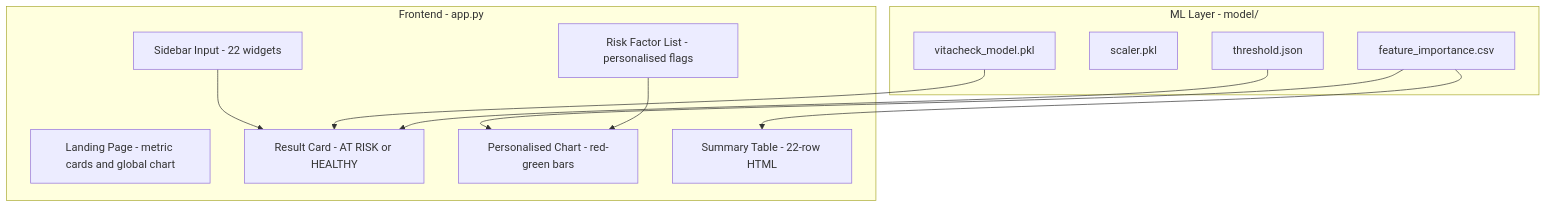
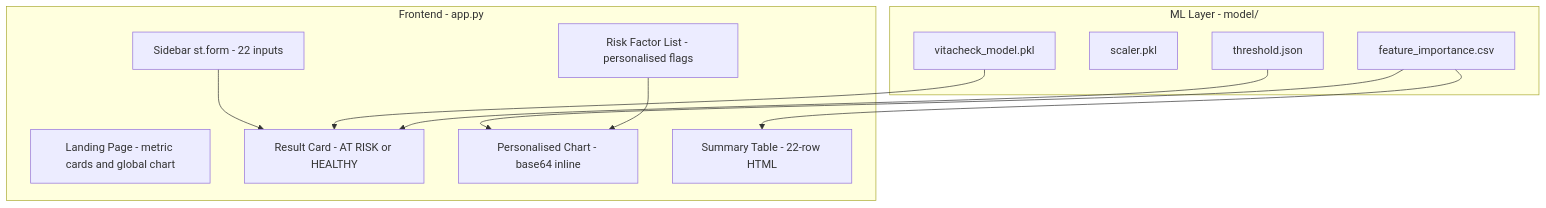
The ninth of 14 diagrams in README.md (KARTHIKAKRISHNA123/vitacheck-ml), drawn with Mermaid before and after one commit. The commit also changed other lines of this file, not shown here.

First line of the commit message:
Revise README for input handling and rendering updates

````diff
--- a/README.md
+++ b/README.md
@@ -354,23 +370,23 @@
 ```mermaid
 flowchart TD
     subgraph FrontendLayer["Frontend - app.py"]
-        CMP1[Sidebar Input - 22 widgets]
+        CMP1[Sidebar st.form - 22 inputs]
         CMP2[Landing Page - metric cards and global chart]
         CMP3[Result Card - AT RISK or HEALTHY]
         CMP4[Risk Factor List - personalised flags]
-        CMP5[Personalised Chart - red-green bars]
+        CMP5[Personalised Chart - base64 inline]
         CMP6[Summary Table - 22-row HTML]
     end
     subgraph MLLayer["ML Layer - model/"]
         CMP7[vitacheck_model.pkl]
         CMP8[scaler.pkl]
         CMP9[feature_importance.csv]
         CMP10[threshold.json]
     end
     CMP1 --> CMP3
     CMP7 --> CMP3
     CMP10 --> CMP3
     CMP9 --> CMP5
     CMP9 --> CMP6
     CMP4 --> CMP5
 ```
````
